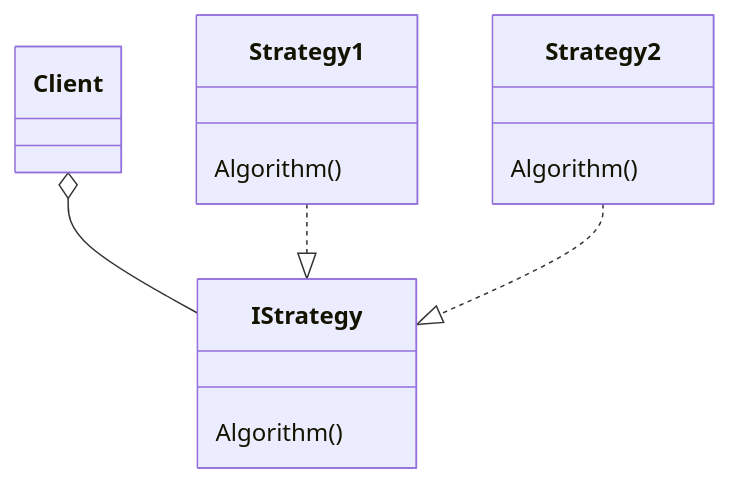
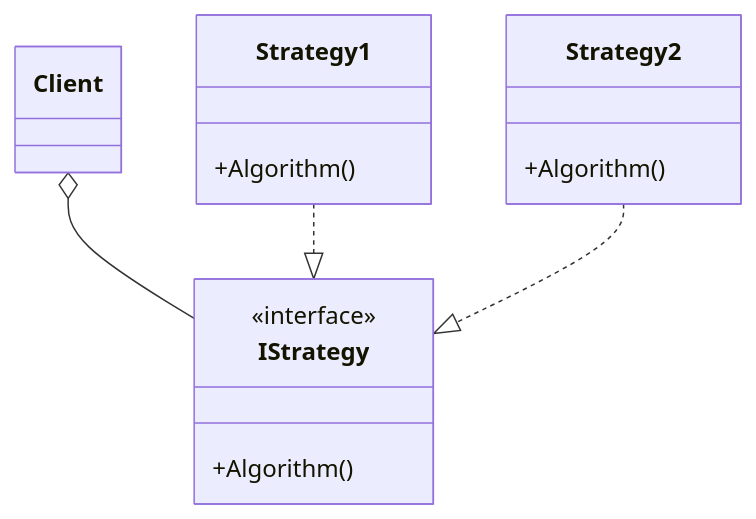
The first of 2 diagrams in 01_strategy/README.md (maherme/design_patterns), drawn with Mermaid before and after one commit. The commit also changed other lines of this file, not shown here.

````diff
--- a/01_strategy/README.md
+++ b/01_strategy/README.md
@@ -7,9 +8,17 @@
 ```mermaid
   classDiagram
+      class Client
+      class IStrategy{
+          <<interface>>
+          +Algorithm()
+      }
+      class Strategy1{
+          +Algorithm()
+      }
+      class Strategy2{
+          +Algorithm()
+      }
       Client o-- IStrategy
       Strategy1 ..|> IStrategy
       Strategy2 ..|> IStrategy
-      IStrategy : Algorithm()
-      Strategy1 : Algorithm()
-      Strategy2 : Algorithm()
 ```
````
